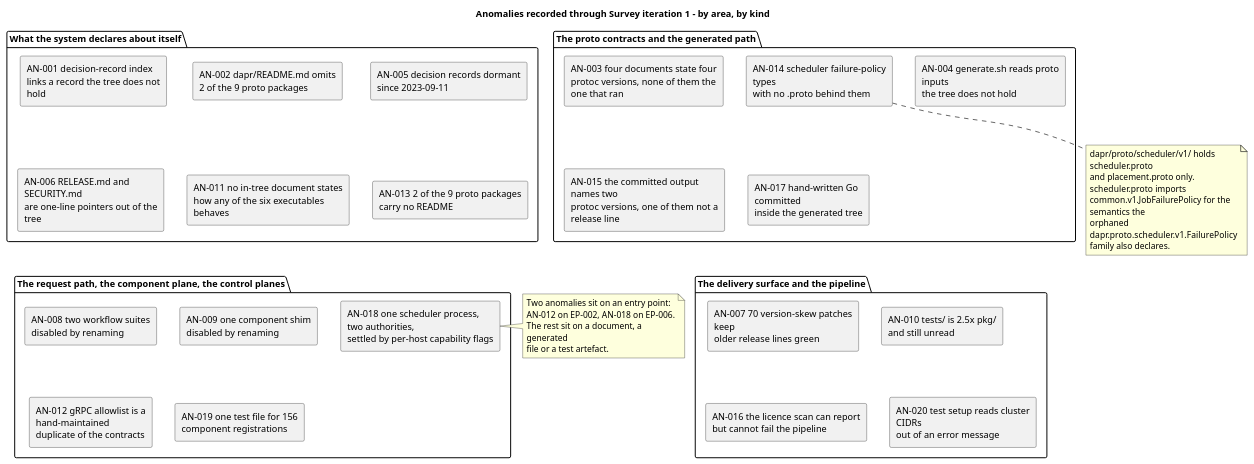
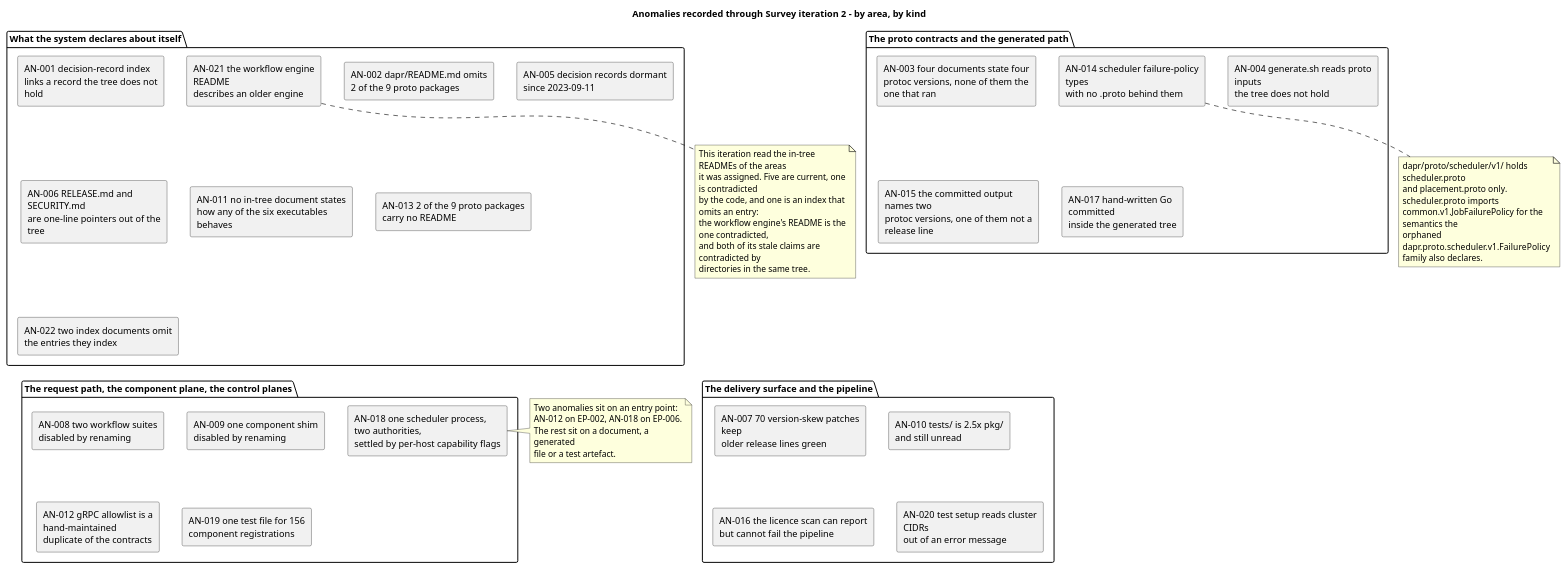
Before and after one commit to banense-test/dapr: the fourth of 4 diagrams in docs/artifacts/discovery/system-inventory.md, drawn with PlantUML. The commit also changed other lines of this file, not shown here.

Commit message:
Software Archaeologist [Survey2]: upsert System Inventory
[skip ci]

````diff
--- a/docs/artifacts/discovery/system-inventory.md
+++ b/docs/artifacts/discovery/system-inventory.md
@@ -474,54 +474,63 @@
 ```plantuml
 @startuml
-title Anomalies recorded through Survey iteration 1 - by area, by kind
+title Anomalies recorded through Survey iteration 2 - by area, by kind
 skinparam componentStyle rectangle
 skinparam wrapWidth 230
 
 package "What the system declares about itself" {
   [AN-001 decision-record index\nlinks a record the tree does not hold] as A1
   [AN-002 dapr/README.md omits\n2 of the 9 proto packages] as A2
   [AN-005 decision records dormant\nsince 2023-09-11] as A5
   [AN-006 RELEASE.md and SECURITY.md\nare one-line pointers out of the tree] as A6
   [AN-011 no in-tree document states\nhow any of the six executables behaves] as A11
   [AN-013 2 of the 9 proto packages\ncarry no README] as A13
+  [AN-021 the workflow engine README\ndescribes an older engine] as A21
+  [AN-022 two index documents omit\nthe entries they index] as A22
 }
 
 package "The proto contracts and the generated path" {
   [AN-003 four documents state four\nprotoc versions, none of them the one that ran] as A3
   [AN-004 generate.sh reads proto inputs\nthe tree does not hold] as A4
   [AN-014 scheduler failure-policy types\nwith no .proto behind them] as A14
   [AN-015 the committed output names two\nprotoc versions, one of them not a release line] as A15
   [AN-017 hand-written Go committed\ninside the generated tree] as A17
 }
 
 package "The request path, the component plane, the control planes" {
   [AN-008 two workflow suites\ndisabled by renaming] as A8
   [AN-009 one component shim\ndisabled by renaming] as A9
   [AN-012 gRPC allowlist is a hand-maintained\nduplicate of the contracts] as A12
   [AN-018 one scheduler process, two authorities,\nsettled by per-host capability flags] as A18
   [AN-019 one test file for 156\ncomponent registrations] as A19
 }
 
 package "The delivery surface and the pipeline" {
   [AN-007 70 version-skew patches keep\nolder release lines green] as A7
   [AN-010 tests/ is 2.5x pkg/\nand still unread] as A10
   [AN-016 the licence scan can report\nbut cannot fail the pipeline] as A16
   [AN-020 test setup reads cluster CIDRs\nout of an error message] as A20
 }
 
 note right of A18
   Two anomalies sit on an entry point:
   AN-012 on EP-002, AN-018 on EP-006.
   The rest sit on a document, a generated
   file or a test artefact.
 end note
-
 note bottom of A14
   dapr/proto/scheduler/v1/ holds scheduler.proto
   and placement.proto only. scheduler.proto imports
   common.v1.JobFailurePolicy for the semantics the
   orphaned dapr.proto.scheduler.v1.FailurePolicy
   family also declares.
 end note
+note bottom of A21
+  This iteration read the in-tree READMEs of the areas
+  it was assigned. Five are current, one is contradicted
+  by the code, and one is an index that omits an entry:
+  the workflow engine's README is the one contradicted,
+  and both of its stale claims are contradicted by
+  directories in the same tree.
+end note
 @enduml
 ```
````
